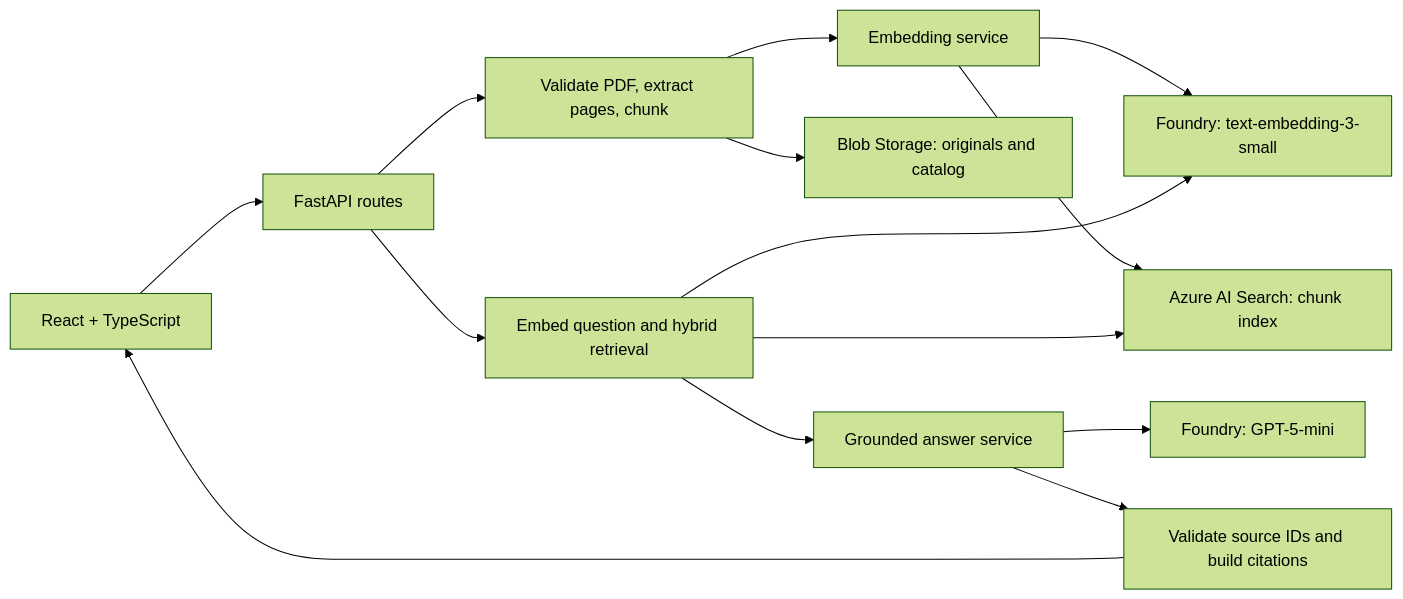
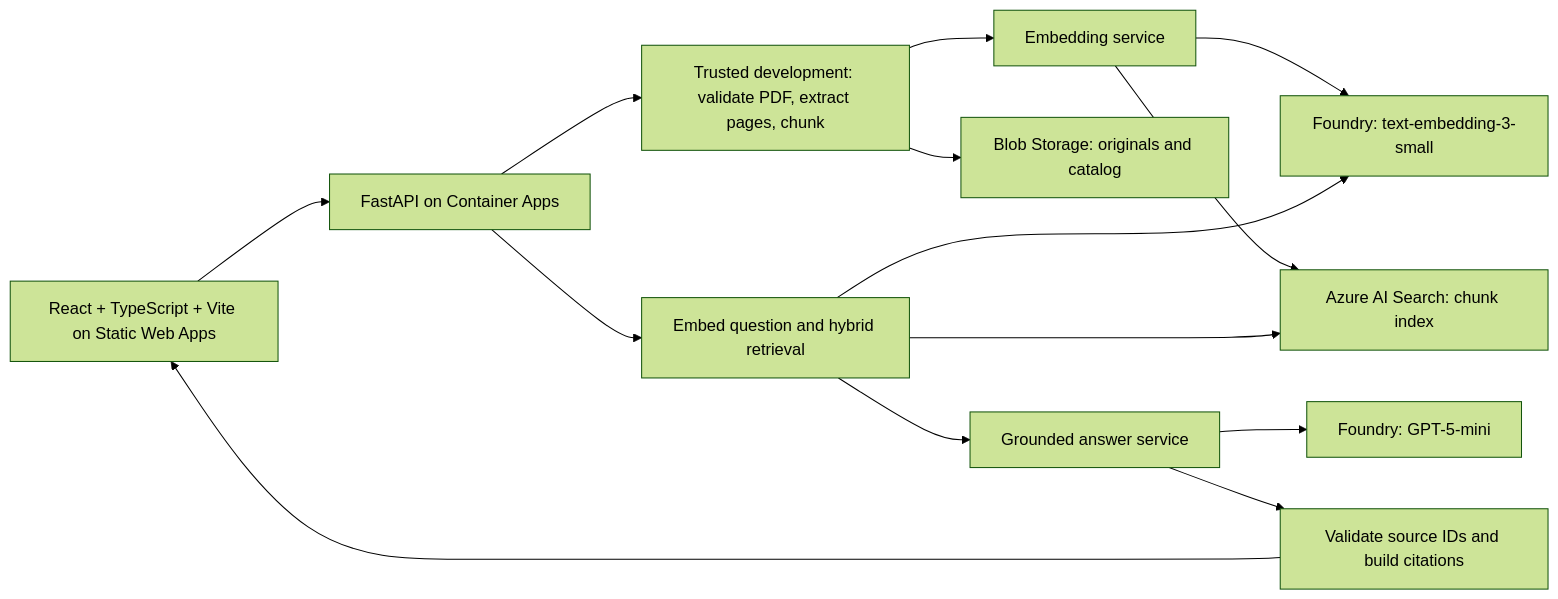
One commit to StevenChen2419/SourceLens changed the diagram in README.md. Above: the diagram before and after it, drawn with Mermaid (forest theme). The commit also changed other lines of this file, not shown here.

````diff
--- a/README.md
+++ b/README.md
@@ -48,16 +60,16 @@
 ```mermaid
 flowchart LR
-    UI[React + TypeScript] --> API[FastAPI routes]
-    API --> Ingest[Validate PDF, extract pages, chunk]
+    UI[React + TypeScript + Vite on Static Web Apps] --> API[FastAPI on Container Apps]
+    API --> Ingest[Trusted development: validate PDF, extract pages, chunk]
     Ingest --> Embed[Embedding service]
     Embed --> Models[Foundry: text-embedding-3-small]
     Ingest --> Blob[Blob Storage: originals and catalog]
     Embed --> Search[Azure AI Search: chunk index]
     API --> Retrieve[Embed question and hybrid retrieval]
     Retrieve --> Models
     Retrieve --> Search
     Retrieve --> Generate[Grounded answer service]
     Generate --> GPT[Foundry: GPT-5-mini]
     Generate --> Cite[Validate source IDs and build citations]
     Cite --> UI
 ```
````
